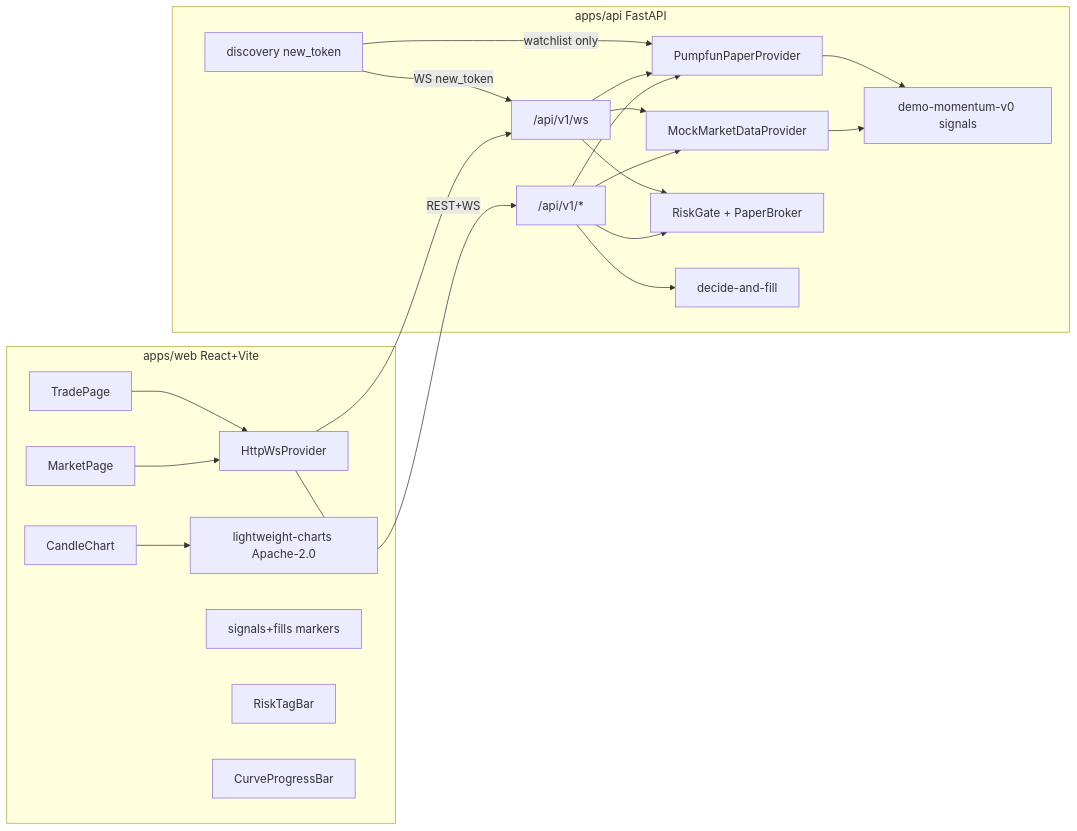
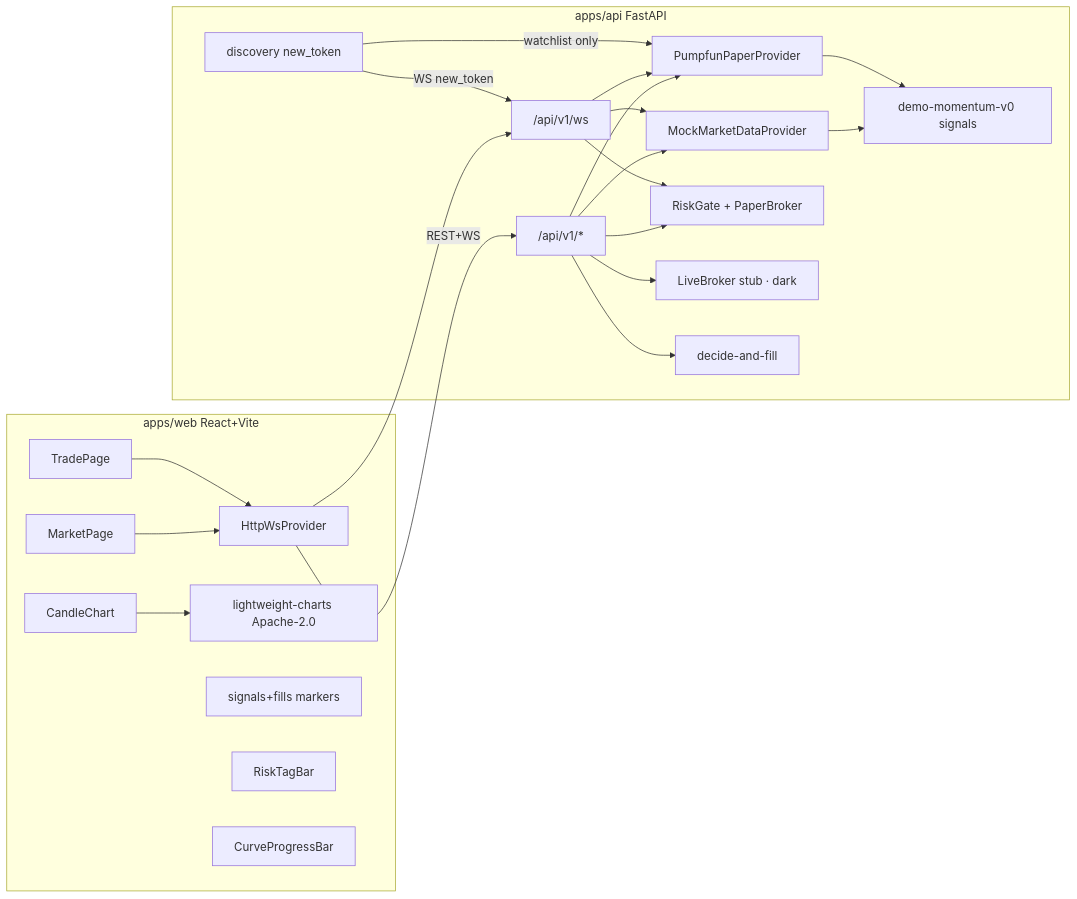
Before and after one commit to Douriff/AUU: the diagram in docs/architecture.md, drawn with Mermaid. The commit also changed other lines of this file and 24 other files, not shown here.

First line of the commit message:
Scaffold a dark Pump.fun live adapter with fail-closed limits.

````diff
--- a/docs/architecture.md
+++ b/docs/architecture.md
@@ -3,34 +3,36 @@
 ```mermaid
 flowchart LR
   subgraph web [apps/web React+Vite]
     MarketPage --> HttpWsProvider
     TradePage --> HttpWsProvider
     CandleChart --> LWC[lightweight-charts Apache-2.0]
     Overlay[signals+fills markers]
     RiskTagBar
     CurveProgressBar
   end
   subgraph api [apps/api FastAPI]
     REST["/api/v1/*"]
     WS["/api/v1/ws"]
     Mock[MockMarketDataProvider]
     Pump[PumpfunPaperProvider]
     Disc[discovery new_token]
     Demo[demo-momentum-v0 signals]
     Paper[RiskGate + PaperBroker]
+    Live[LiveBroker stub · dark]
     Pipe[decide-and-fill]
   end
   HttpWsProvider -->|REST+WS| REST
   HttpWsProvider --> WS
   REST --> Mock
   REST --> Pump
   REST --> Paper
+  REST --> Live
   REST --> Pipe
   WS --> Mock
   WS --> Pump
   WS --> Paper
   Disc -->|watchlist only| Pump
   Disc -->|WS new_token| WS
   Mock --> Demo
   Pump --> Demo
 ```
````
